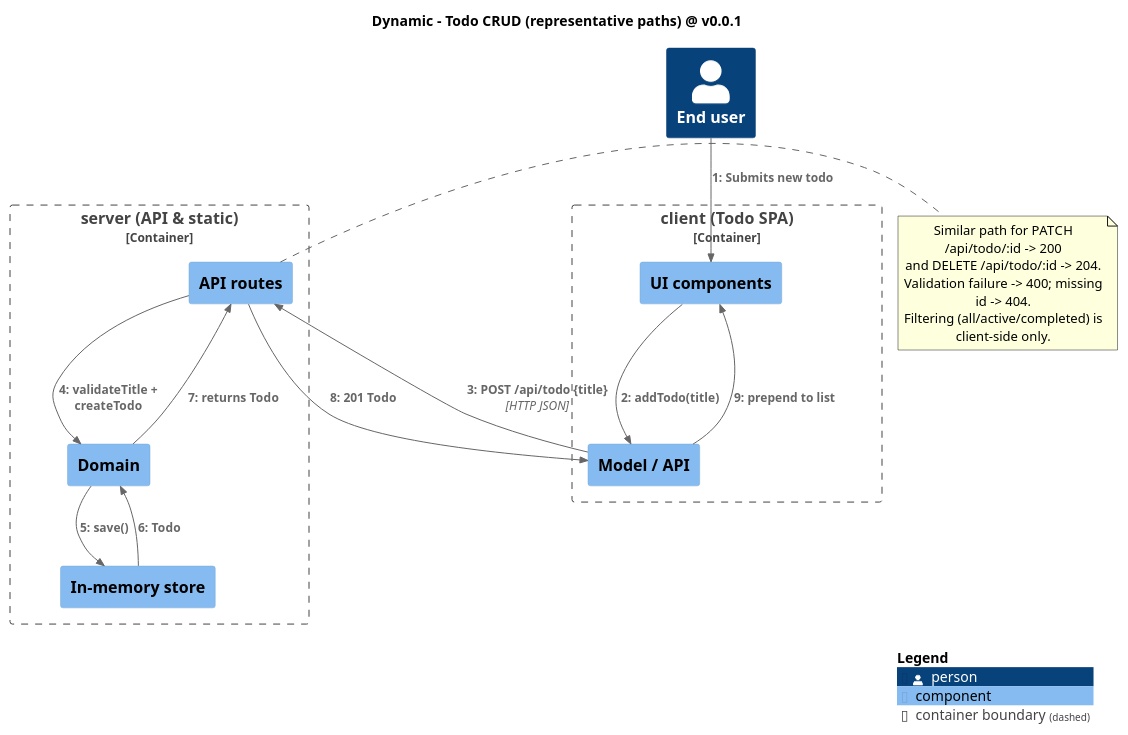
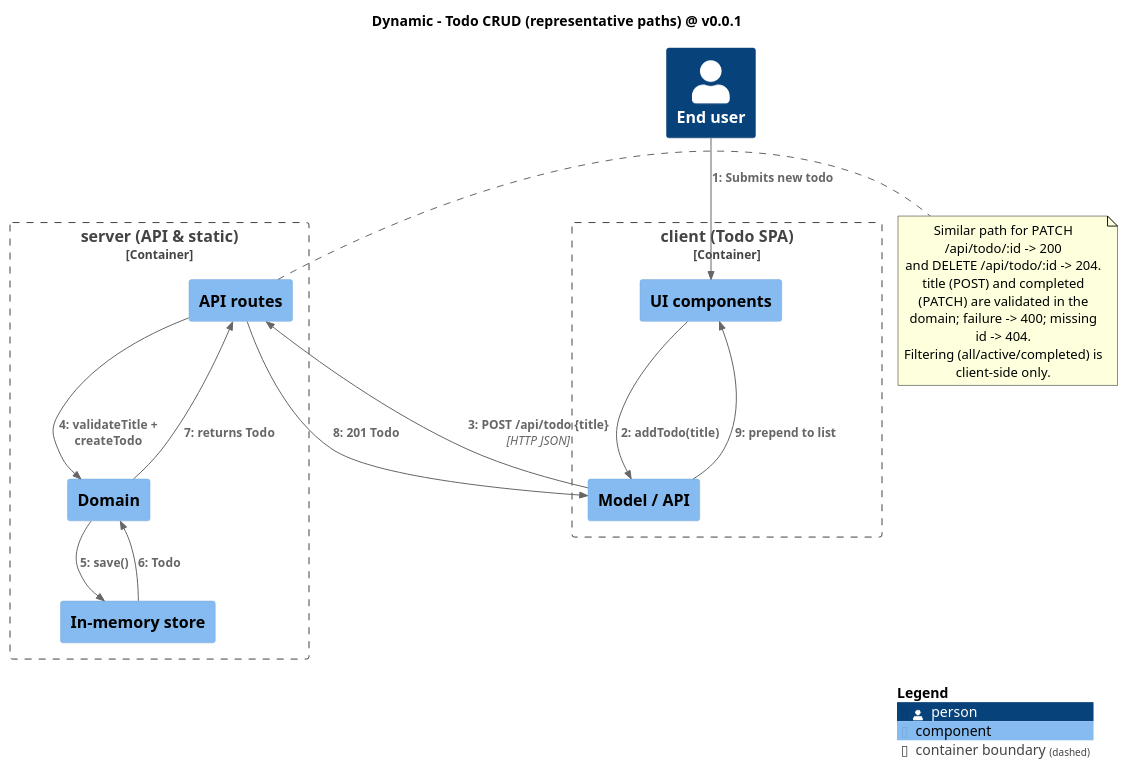
The diagram in docs/architecture/diagrams/05b-dynamic-todo-crud.puml (MemoryIt/todo), drawn with PlantUML before and after one commit. The commit also changed 2 other files, not shown here.

Commit message:
docs(diagrams): sync server diagrams with domain/store decoupling
- 04b-code-server: model TodoStore/TodoService contracts, the store and
  service factories, and index.ts as the composition root.
- 03b-component-server: update the domain/store/api component
  descriptions and the composition-root note.
- 05b-dynamic-todo-crud: clarify that title (POST) and completed (PATCH)
  are validated in the domain.

```diff
--- a/docs/architecture/diagrams/05b-dynamic-todo-crud.puml
+++ b/docs/architecture/diagrams/05b-dynamic-todo-crud.puml
@@ -1,36 +1,36 @@
 @startuml
 !include <C4/C4_Dynamic>
 title Dynamic - Todo CRUD (representative paths) @ v0.0.1
 
 Person(user, "End user")
 
 Container_Boundary(c, "client (Todo SPA)") {
   Component(ui, "UI components")
   Component(model, "Model / API")
 }
 
 Container_Boundary(s, "server (API & static)") {
   Component(api, "API routes")
   Component(domain, "Domain")
   Component(store, "In-memory store")
 }
 
 Rel(user, ui, "Submits new todo")
 Rel(ui, model, "addTodo(title)")
 Rel(model, api, "POST /api/todo {title}", "HTTP JSON")
 Rel(api, domain, "validateTitle + createTodo")
 Rel(domain, store, "save()")
 Rel(store, domain, "Todo")
 Rel(domain, api, "returns Todo")
 Rel(api, model, "201 Todo")
 Rel(model, ui, "prepend to list")
 
 note right of api
   Similar path for PATCH /api/todo/:id -> 200
   and DELETE /api/todo/:id -> 204.
-  Validation failure -> 400; missing id -> 404.
+  title (POST) and completed (PATCH) are validated in the domain; failure -> 400; missing id -> 404.
   Filtering (all/active/completed) is client-side only.
 end note
 
 SHOW_LEGEND()
 @enduml
```
